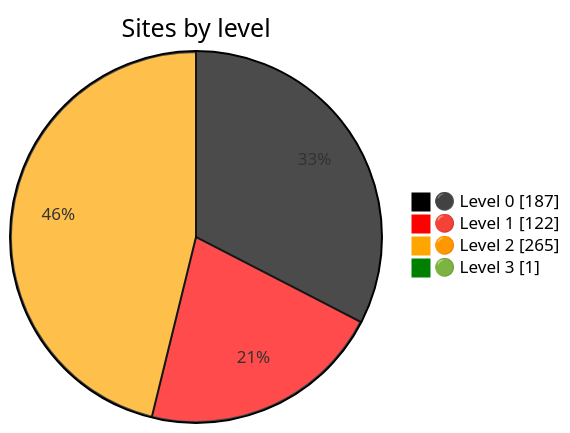
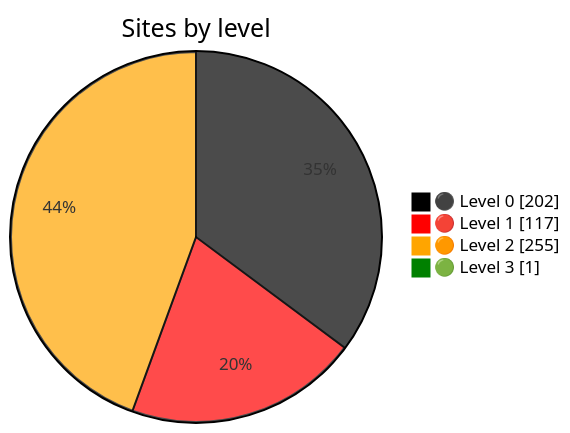
The diagram in README.md (nuuuwan/gov_lk_web_auditor), drawn with Mermaid before and after one commit. The commit also changed other lines of this file and 2568 other files, not shown here.

````diff
--- a/README.md
+++ b/README.md
@@ -24,9 +24,9 @@
 ```mermaid
 %%{init: {"themeVariables":{"pie1":"black","pie2":"red","pie3":"orange","pie4":"green"}}}%%
 pie showData
     title Sites by level
-    "⚫ Level 0" : 187
-    "🔴 Level 1" : 122
-    "🟠 Level 2" : 265
+    "⚫ Level 0" : 202
+    "🔴 Level 1" : 117
+    "🟠 Level 2" : 255
     "🟢 Level 3" : 1
 ```
````
